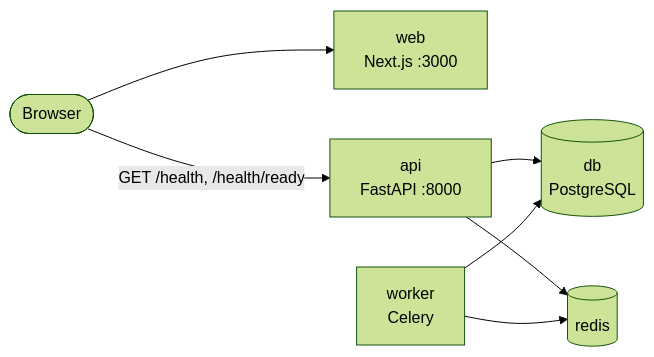
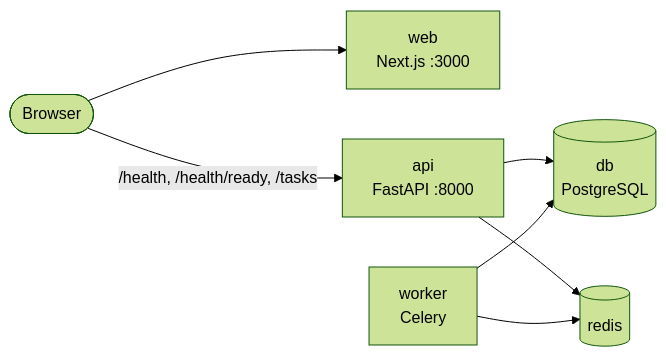
The first of 3 diagrams in docs/architecture.md (arbadev/ballasttasks), drawn with Mermaid (forest theme) before and after one commit. The commit also changed other lines of this file and 2 other files, not shown here.

````diff
--- a/docs/architecture.md
+++ b/docs/architecture.md
@@ -14,9 +14,9 @@
 ```mermaid
 flowchart LR
     browser([Browser]) --> web[web<br/>Next.js :3000]
-    browser -->|GET /health, /health/ready| api[api<br/>FastAPI :8000]
+    browser -->|/health, /health/ready, /tasks| api[api<br/>FastAPI :8000]
     api --> db[(db<br/>PostgreSQL)]
     api --> redis[(redis)]
     worker[worker<br/>Celery] --> redis
     worker --> db
 ```
````
